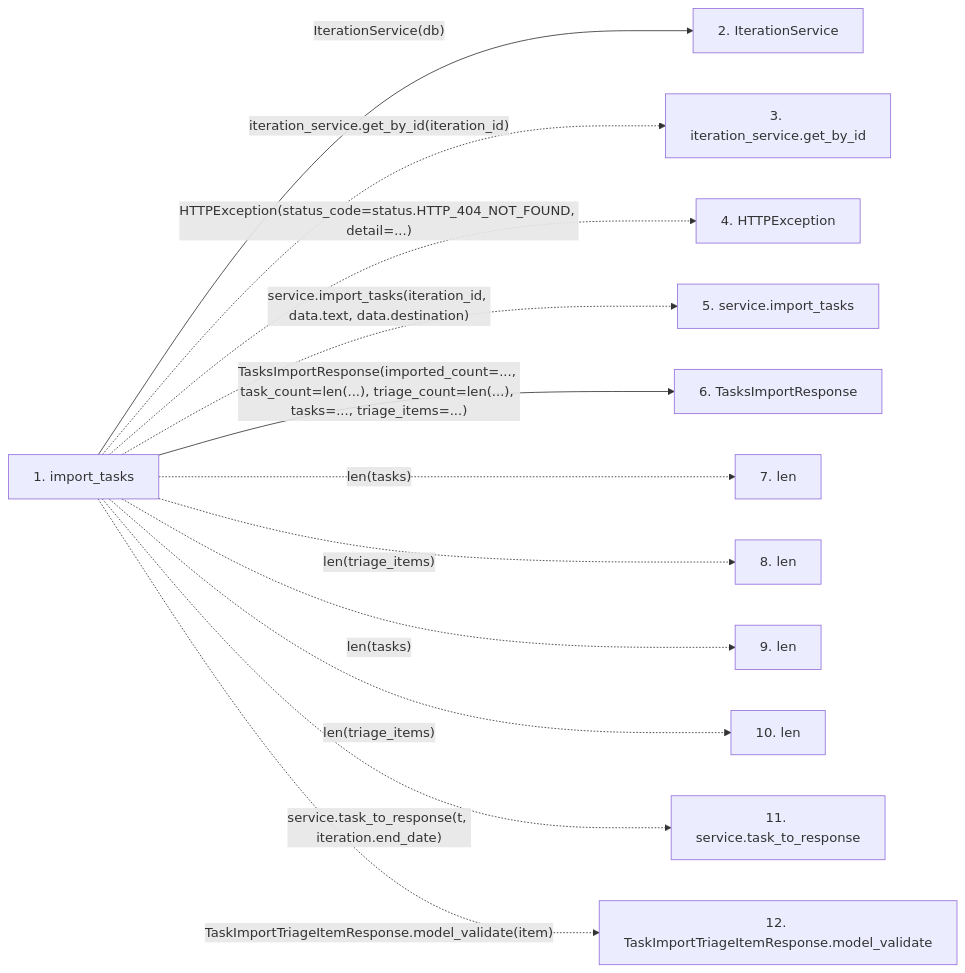
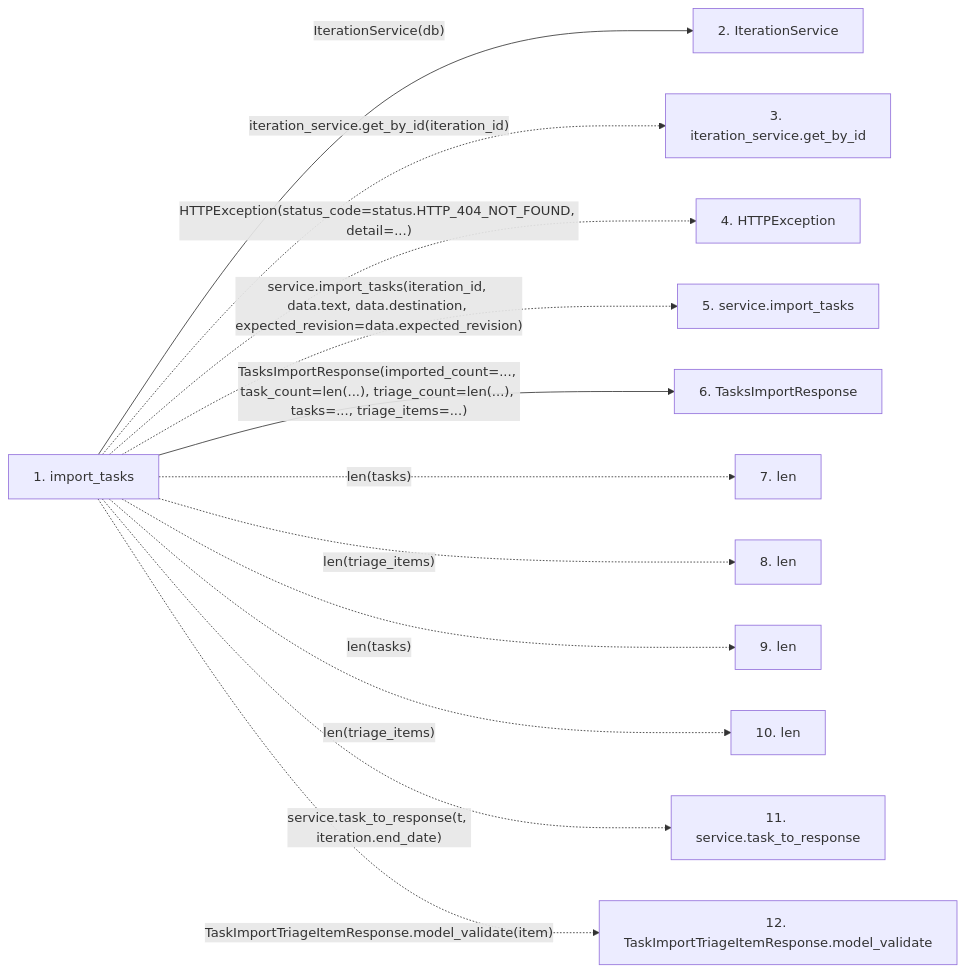
The second of 2 diagrams in docs/llm_wiki/flows/http-import_tasks.md (Denissvgn/WorkChord), drawn with Mermaid before and after one commit. The commit also changed other lines of this file and 6624 other files, not shown here.

````diff
--- a/docs/llm_wiki/flows/http-import_tasks.md
+++ b/docs/llm_wiki/flows/http-import_tasks.md
@@ -40,29 +40,29 @@
 ```mermaid
 flowchart LR
     s1["1. import_tasks"]
     s2["2. IterationService"]
     s3["3. iteration_service.get_by_id"]
     s4["4. HTTPException"]
     s5["5. service.import_tasks"]
     s6["6. TasksImportResponse"]
     s7["7. len"]
     s8["8. len"]
     s9["9. len"]
     s10["10. len"]
     s11["11. service.task_to_response"]
     s12["12. TaskImportTriageItemResponse.model_validate"]
     s1 -->|"IterationService(db)"| s2
     s1 -. "iteration_service.get_by_id(iteration_id)" .-> s3
     s1 -. "HTTPException(status_code=status.HTTP_404_NOT_FOUND, detail=...)" .-> s4
-    s1 -. "service.import_tasks(iteration_id, data.text, data.destination)" .-> s5
+    s1 -. "service.import_tasks(iteration_id, data.text, data.destination, expected_revision=data.expected_revision)" .-> s5
     s1 -->|"TasksImportResponse(imported_count=..., task_count=len(...), triage_count=len(...), tasks=..., triage_items=...)"| s6
     s1 -. "len(tasks)" .-> s7
     s1 -. "len(triage_items)" .-> s8
     s1 -. "len(tasks)" .-> s9
     s1 -. "len(triage_items)" .-> s10
     s1 -. "service.task_to_response(t, iteration.end_date)" .-> s11
     s1 -. "TaskImportTriageItemResponse.model_validate(item)" .-> s12
     click s1 "../modules/tasks.md"
     click s2 "../modules/iteration_service.md"
     click s6 "../modules/schemas_task.md"
 ```
````
